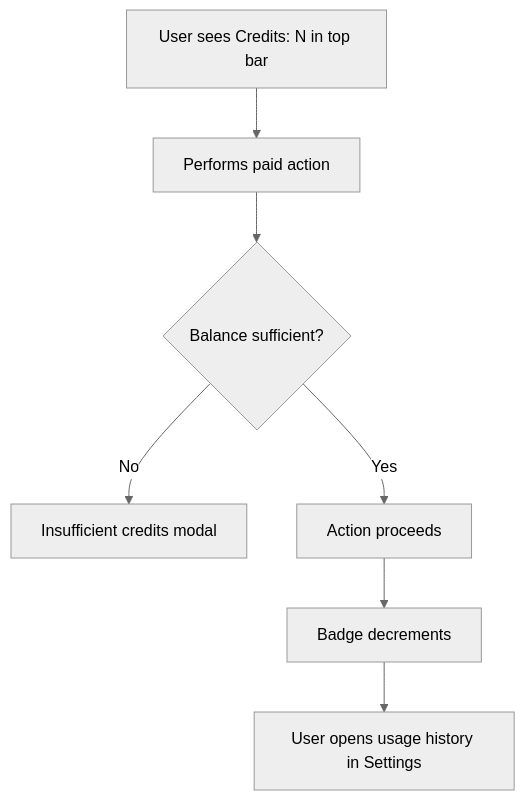
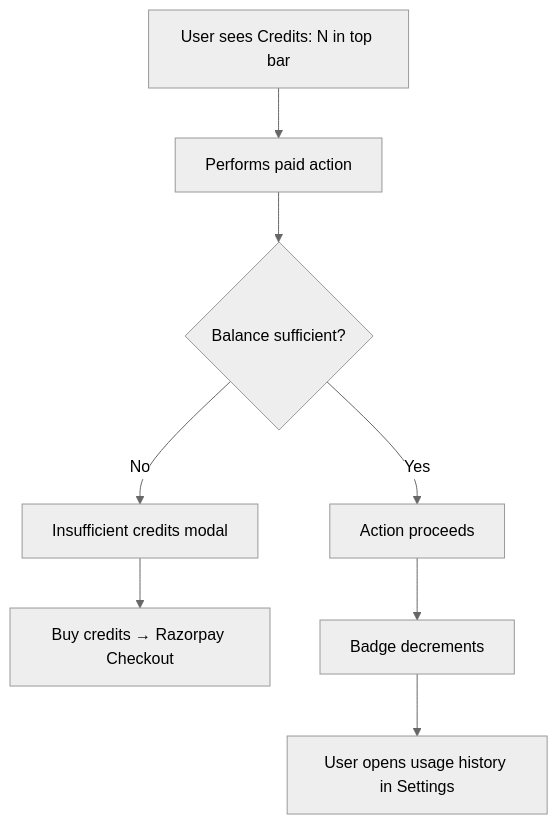
One commit to sailishkang-skout/Skout-AI-Backend changed diagram 26 of 39 in docs/mvp-flows.md. Above: the diagram before and after it, drawn with Mermaid (neutral theme). The commit also changed other lines of this file and 63 other files, not shown here.

````diff
--- a/docs/mvp-flows.md
+++ b/docs/mvp-flows.md
@@ -917,9 +922,10 @@
 ```mermaid
 flowchart TD
     C1[User sees Credits: N in top bar] --> C2[Performs paid action]
     C2 --> C3{Balance sufficient?}
     C3 -->|No| C4[Insufficient credits modal]
+    C4 --> C4a[Buy credits → Razorpay Checkout]
     C3 -->|Yes| C5[Action proceeds]
     C5 --> C6[Badge decrements]
     C6 --> C7[User opens usage history in Settings]
 ```
````
